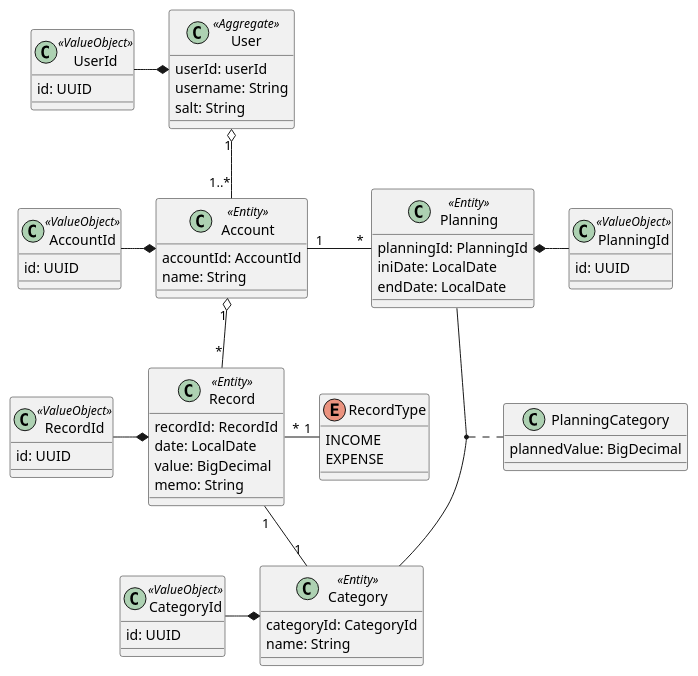
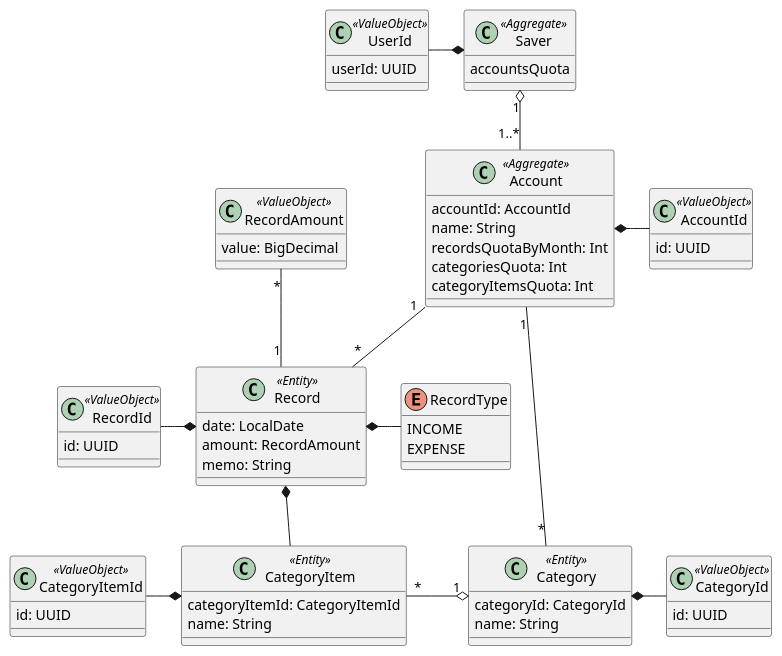
The diagram in architecture/diagrams/UserAggregation.puml (pigplan-club/piggyplanner), drawn with PlantUML before and after one commit. The commit also changed 73 other files, not shown here.

```diff
--- a/architecture/diagrams/UserAggregation.puml
+++ b/architecture/diagrams/UserAggregation.puml
@@ -1,60 +1,64 @@
 @startuml
-class User <<Aggregate>> {
-  userId: userId
-  username: String
-  salt: String
+class Saver <<Aggregate>> {
+  accountsQuota
 }
 class UserId<<ValueObject>>{
-  id: UUID
+  userId: UUID
 }
-class Account<<Entity>> {
+class Account<<Aggregate>> {
   accountId: AccountId
   name: String
+  recordsQuotaByMonth: Int
+  categoriesQuota: Int
+  categoryItemsQuota: Int
 }
 class AccountId<<ValueObject>>{
   id: UUID
 }
 class Record<<Entity>> {
-  recordId: RecordId
   date: LocalDate
-  value: BigDecimal
+  amount: RecordAmount
   memo: String
 }
 class RecordId<<ValueObject>>{
   id: UUID
+}
+class RecordAmount<<ValueObject>>{
+  value: BigDecimal
 }
 class Category<<Entity>> {
   categoryId: CategoryId
   name: String
 }
 class CategoryId<<ValueObject>>{
   id: UUID
 }
+class CategoryItem<<Entity>> {
+  categoryItemId: CategoryItemId
+  name: String
+}
+class CategoryItemId<<ValueObject>>{
+  id: UUID
+}
 enum RecordType{
   INCOME
   EXPENSE
 }
-class Planning<<Entity>> {
-  planningId: PlanningId
-  iniDate: LocalDate
-  endDate: LocalDate
-}
-class PlanningId<<ValueObject>>{
-  id: UUID
-}
-class PlanningCategory {
-  plannedValue: BigDecimal
-}
 
-UserId -* User
-User "1" o-- "1..*" Account
-AccountId -* Account
-Account "1" o-- "*" Record
-Account "1" - "*" Planning
+UserId -* Saver
+Saver "1" o-- "1..*" Account
+
+Account *- AccountId
+Account "1" -- "*" Record
+Account "1" --- "*" Category
+
 RecordId -* Record
-Record "1" - "1" Category
-Record "*" - "1" RecordType
-(Planning, Category) . PlanningCategory
-Planning *- PlanningId
-CategoryId -* Category
+Record *- RecordType
+RecordAmount "*" -- "1" Record
+Record *-- CategoryItem
+
+Category *- CategoryId
+
+CategoryItemId -* CategoryItem
+CategoryItem "*" -o "1" Category
 @enduml
```
